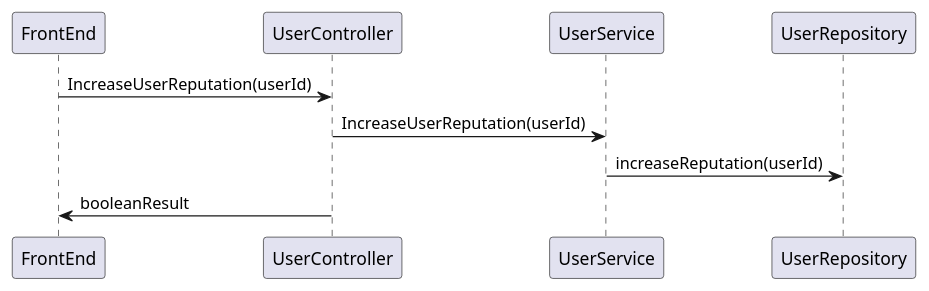
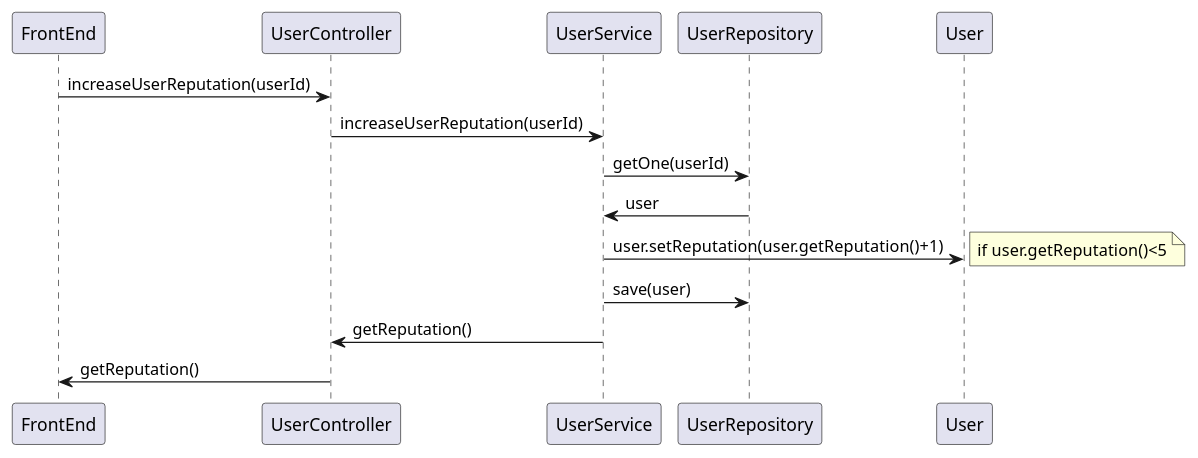
Before and after one commit to CangaRouter/ExGas: diagram 13 of 14 in docs/DesignDocument.md, drawn with PlantUML. The commit also changed other lines of this file, not shown here.

Commit message:
fix: sequence diagram UC10 fixed

````diff
--- a/docs/DesignDocument.md
+++ b/docs/DesignDocument.md
@@ -732,8 +732,15 @@
 ```plantuml
 @startuml
-    FrontEnd -> UserController : IncreaseUserReputation(userId)
-    UserController -> UserService: IncreaseUserReputation(userId)
-    UserService -> UserRepository: increaseReputation(userId)
-    UserController -> FrontEnd: booleanResult
+    FrontEnd -> UserController : increaseUserReputation(userId)
+    UserController -> UserService: increaseUserReputation(userId)
+    UserService -> UserRepository: getOne(userId)
+    UserRepository -> UserService: user
+    UserService -> User: user.setReputation(user.getReputation()+1) 
+    note right
+            if user.getReputation()<5
+    end note
+    UserService -> UserRepository: save(user)
+    UserService -> UserController: getReputation()
+    UserController -> FrontEnd: getReputation()
 @enduml
 ```
````
